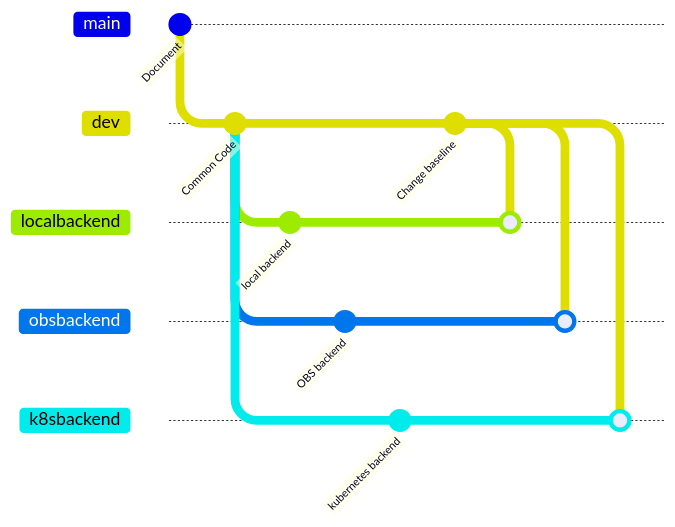
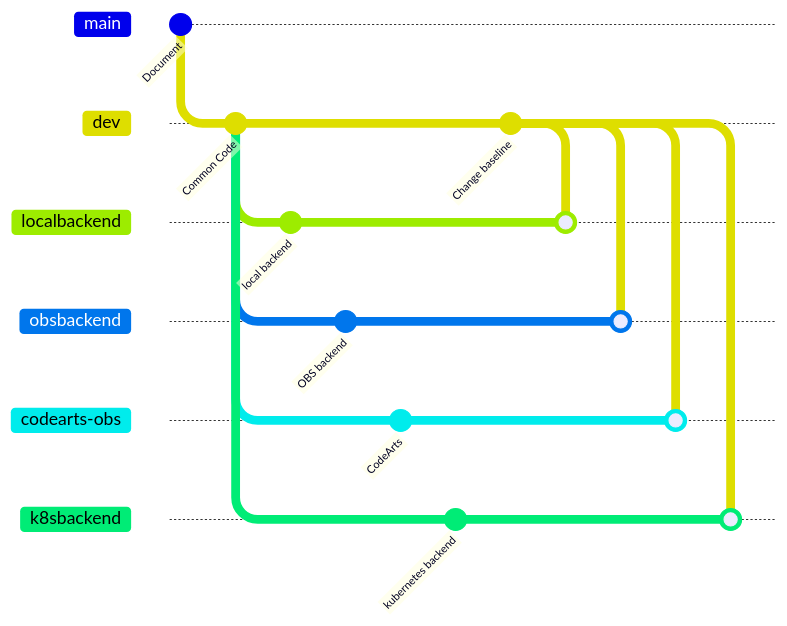
One commit to Huawei-APAC-Professional-Services/hfa changed the diagram in README.md. Above: the diagram before and after it, drawn with Mermaid. The commit also changed other lines of this file, not shown here.

````diff
--- a/README.md
+++ b/README.md
@@ -15,22 +43,27 @@
 ```mermaid
 gitGraph
     commit id: "Document"
     branch dev
     commit id: "Common Code"
     branch localbackend
     commit id: "local backend"
     checkout dev
     branch obsbackend
     commit id: "OBS backend"
     checkout dev
+    branch codearts-obs
+    commit id: "CodeArts"
+    checkout dev
     branch k8sbackend
     commit id: "kubernetes backend"
     checkout dev
     commit id: "Change baseline"
     checkout localbackend
     merge dev
     checkout obsbackend
     merge dev
+    checkout codearts-obs
+    merge dev
     checkout k8sbackend
     merge dev
 ```
````
